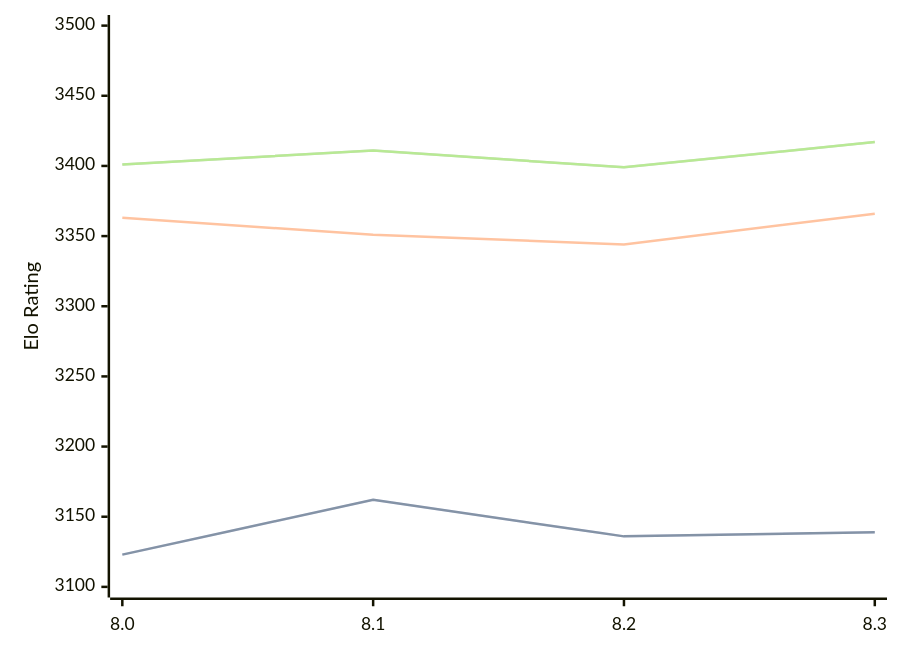
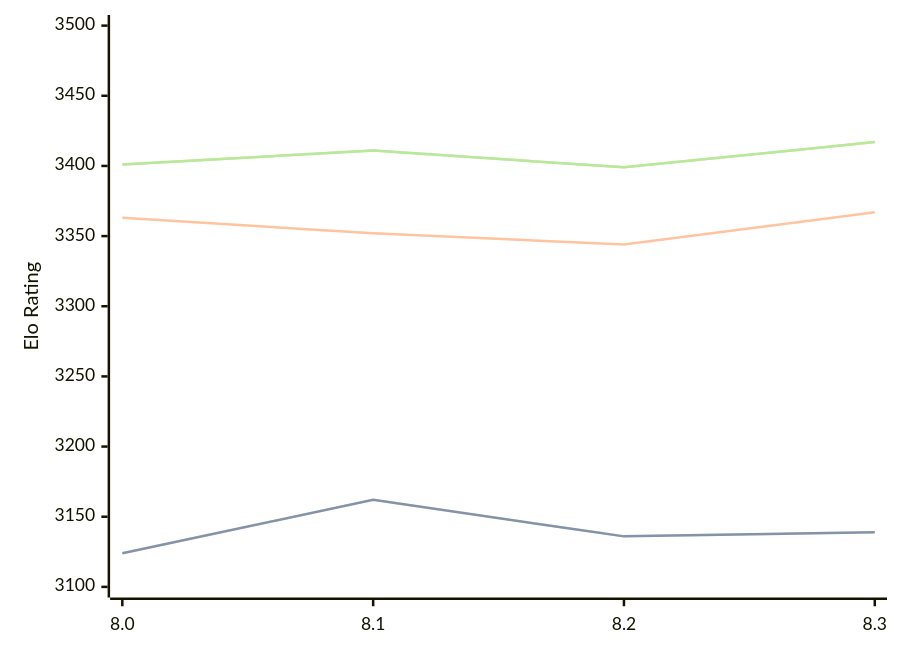
One commit to computer-chess-index/cci changed the third of 3 diagrams in engines/Alexander.md. Above: the diagram before and after it, drawn with Mermaid. The commit also changed other lines of this file, not shown here.

````diff
--- a/engines/Alexander.md
+++ b/engines/Alexander.md
@@ -81,11 +81,11 @@
 ```mermaid
 %%{init: {"theme":"base","themeVariables":{"seriesColors:['#a3a3a3','#222221','#faa371']}}}%%
 xychart-beta
   x-axis ["8.0", "8.1", "8.2", "8.3"]
   y-axis "Elo Rating" 3100 --> 3500
-  line "STC (8.0+0.08s)" [3123, 3162, 3136, 3139]
-  line "STC (8.0+0.08s)" [3123, 3162, 3136, 3139]
-  line "LTC (60.0+0.60s)" [3363, 3351, 3344, 3366]
+  line "STC (8.0+0.08s)" [3124, 3162, 3136, 3139]
+  line "STC (8.0+0.08s)" [3124, 3162, 3136, 3139]
+  line "LTC (60.0+0.60s)" [3363, 3352, 3344, 3367]
   line "VLTC (2m24s+1.12s)" [3401, 3411, 3399, 3417]
   line "VLTC (2m24s+1.12s)" [3401, 3411, 3399, 3417]
 ```
````
